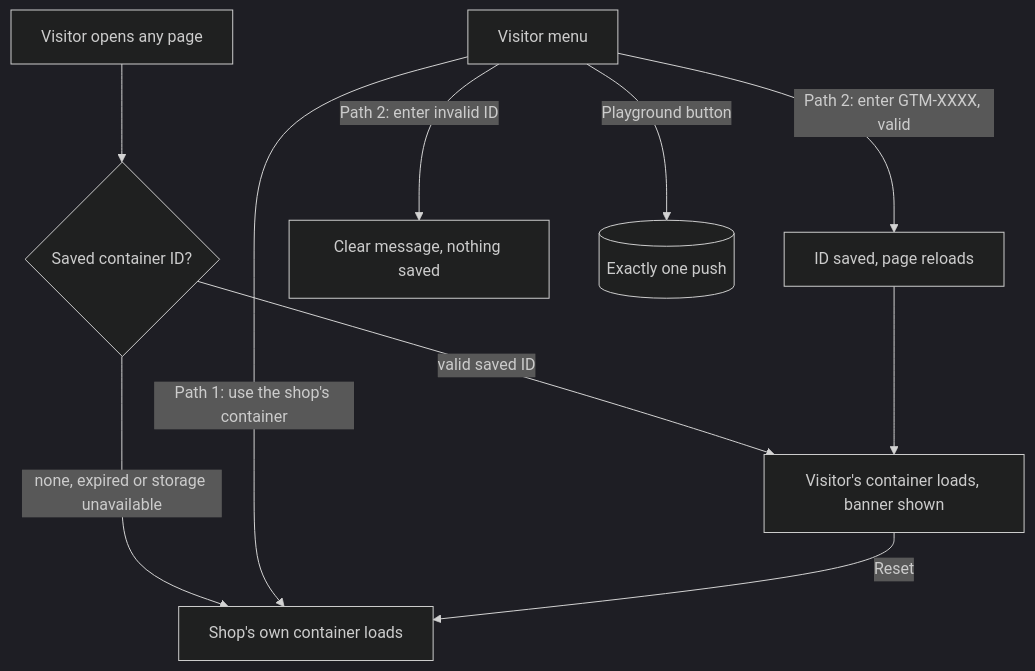
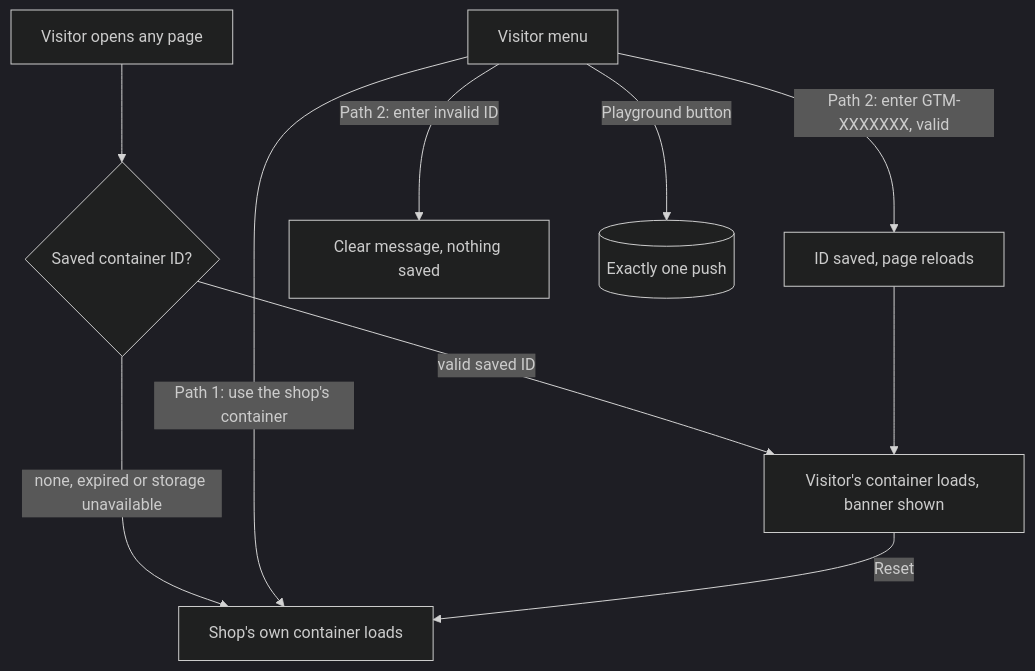
One commit to Quadrano-Ltd/quadrano-demo-shop changed the diagram in kitty-specs/byo-gtm-container-01M64PAZ/spec.md. Above: the diagram before and after it, drawn with Mermaid (dark theme). The commit also changed other lines of this file, not shown here.

First line of the commit message:
docs(spec): use the agreed GTM-XXXXXXX placeholder in byo-gtm-container

````diff
--- a/kitty-specs/byo-gtm-container-01M64PAZ/spec.md
+++ b/kitty-specs/byo-gtm-container-01M64PAZ/spec.md
@@ -16,11 +16,11 @@
 ```mermaid
 flowchart TD
   V[Visitor opens any page] --> Q{Saved container ID?}
   Q -->|none, expired or storage unavailable| OWN[Shop's own container loads]
   Q -->|valid saved ID| THEIRS[Visitor's container loads, banner shown]
   M[Visitor menu] -->|Path 1: use the shop's container| OWN
-  M -->|Path 2: enter GTM-XXXX, valid| SAVE[ID saved, page reloads] --> THEIRS
+  M -->|Path 2: enter GTM-XXXXXXX, valid| SAVE[ID saved, page reloads] --> THEIRS
   M -->|Path 2: enter invalid ID| REFUSE[Clear message, nothing saved]
   THEIRS -->|Reset| OWN
   M -->|Playground button| PUSH[(Exactly one push)]
 ```
````
